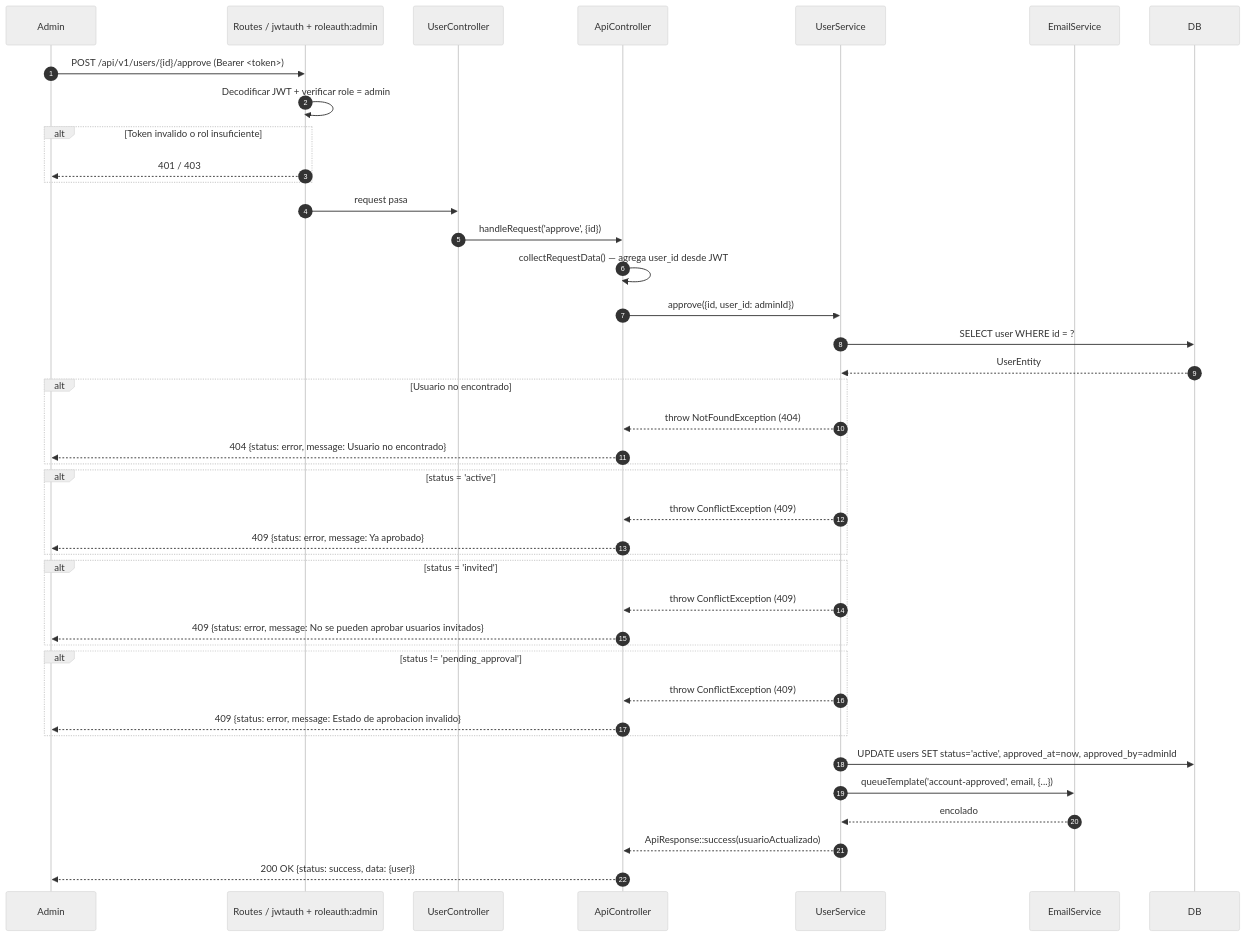
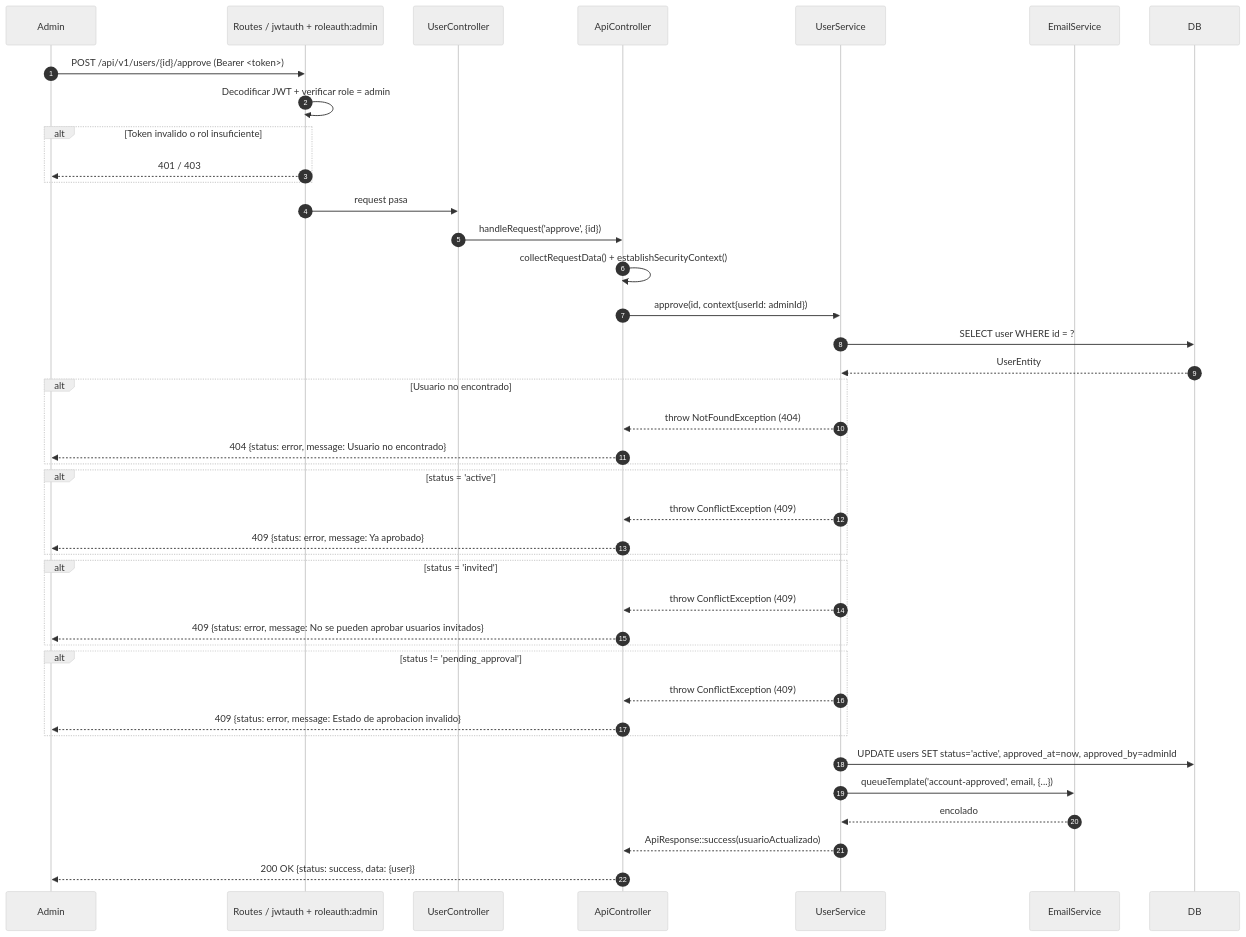
The second of 3 diagrams in docs/flows/REGISTER-APPROVAL-FLOW.es.md (dcardenasl/ci4-api-starter), drawn with Mermaid (neutral theme) before and after one commit. The commit also changed other lines of this file and 7 other files, not shown here.

First line of the commit message:
docs(flows): update sequence diagrams and layer definitions

````diff
--- a/docs/flows/REGISTER-APPROVAL-FLOW.es.md
+++ b/docs/flows/REGISTER-APPROVAL-FLOW.es.md
@@ -101,54 +101,54 @@
 ```mermaid
 sequenceDiagram
     autonumber
     participant Admin
     participant jwtauth as Routes / jwtauth + roleauth:admin
     participant Controller as UserController
     participant ApiCtrl as ApiController
     participant UserSvc as UserService
     participant EmailSvc as EmailService
     participant DB
 
     Admin->>jwtauth: POST /api/v1/users/{id}/approve (Bearer <token>)
 
     jwtauth->>jwtauth: Decodificar JWT + verificar role = admin
     alt Token invalido o rol insuficiente
         jwtauth-->>Admin: 401 / 403
     end
 
     jwtauth->>Controller: request pasa
 
     Controller->>ApiCtrl: handleRequest('approve', {id})
-    ApiCtrl->>ApiCtrl: collectRequestData() — agrega user_id desde JWT
-    ApiCtrl->>UserSvc: approve({id, user_id: adminId})
+    ApiCtrl->>ApiCtrl: collectRequestData() + establishSecurityContext()
+    ApiCtrl->>UserSvc: approve(id, context{userId: adminId})
 
     UserSvc->>DB: SELECT user WHERE id = ?
     DB-->>UserSvc: UserEntity
 
     alt Usuario no encontrado
         UserSvc-->>ApiCtrl: throw NotFoundException (404)
         ApiCtrl-->>Admin: 404 {status: error, message: Usuario no encontrado}
     end
 
     alt status = 'active'
         UserSvc-->>ApiCtrl: throw ConflictException (409)
         ApiCtrl-->>Admin: 409 {status: error, message: Ya aprobado}
     end
 
     alt status = 'invited'
         UserSvc-->>ApiCtrl: throw ConflictException (409)
         ApiCtrl-->>Admin: 409 {status: error, message: No se pueden aprobar usuarios invitados}
     end
 
     alt status != 'pending_approval'
         UserSvc-->>ApiCtrl: throw ConflictException (409)
         ApiCtrl-->>Admin: 409 {status: error, message: Estado de aprobacion invalido}
     end
 
     UserSvc->>DB: UPDATE users SET status='active', approved_at=now, approved_by=adminId
     UserSvc->>EmailSvc: queueTemplate('account-approved', email, {...})
     EmailSvc-->>UserSvc: encolado
 
     UserSvc-->>ApiCtrl: ApiResponse::success(usuarioActualizado)
     ApiCtrl-->>Admin: 200 OK {status: success, data: {user}}
 ```
````
